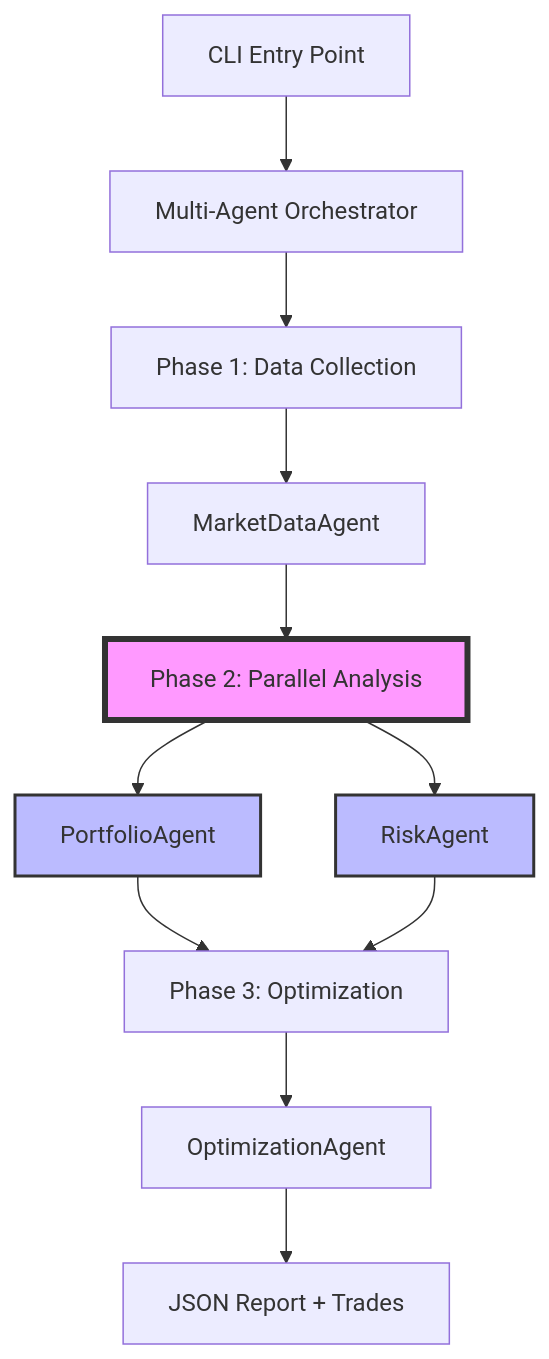
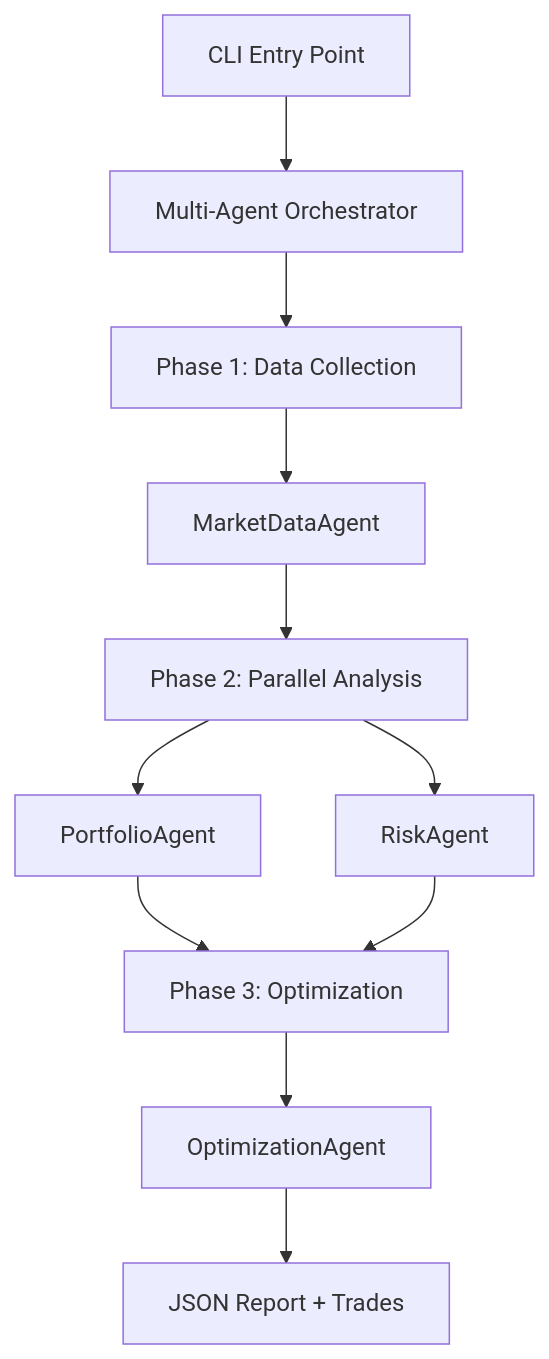
The first of 3 diagrams in README.md (lodetomasi/portfolio-manager-multiagent), drawn with Mermaid before and after one commit. The commit also changed other lines of this file, not shown here.

````diff
--- a/README.md
+++ b/README.md
@@ -33,17 +33,13 @@
 ```mermaid
 graph TD
     A[CLI Entry Point] --> B[Multi-Agent Orchestrator]
     B --> C[Phase 1: Data Collection]
     C --> D[MarketDataAgent]
     D --> E[Phase 2: Parallel Analysis]
     E --> F[PortfolioAgent]
     E --> G[RiskAgent]
     F --> H[Phase 3: Optimization]
     G --> H
     H --> I[OptimizationAgent]
     I --> J[JSON Report + Trades]
-
-    style E fill:#f9f,stroke:#333,stroke-width:4px
-    style F fill:#bbf,stroke:#333,stroke-width:2px
-    style G fill:#bbf,stroke:#333,stroke-width:2px
 ```
````
